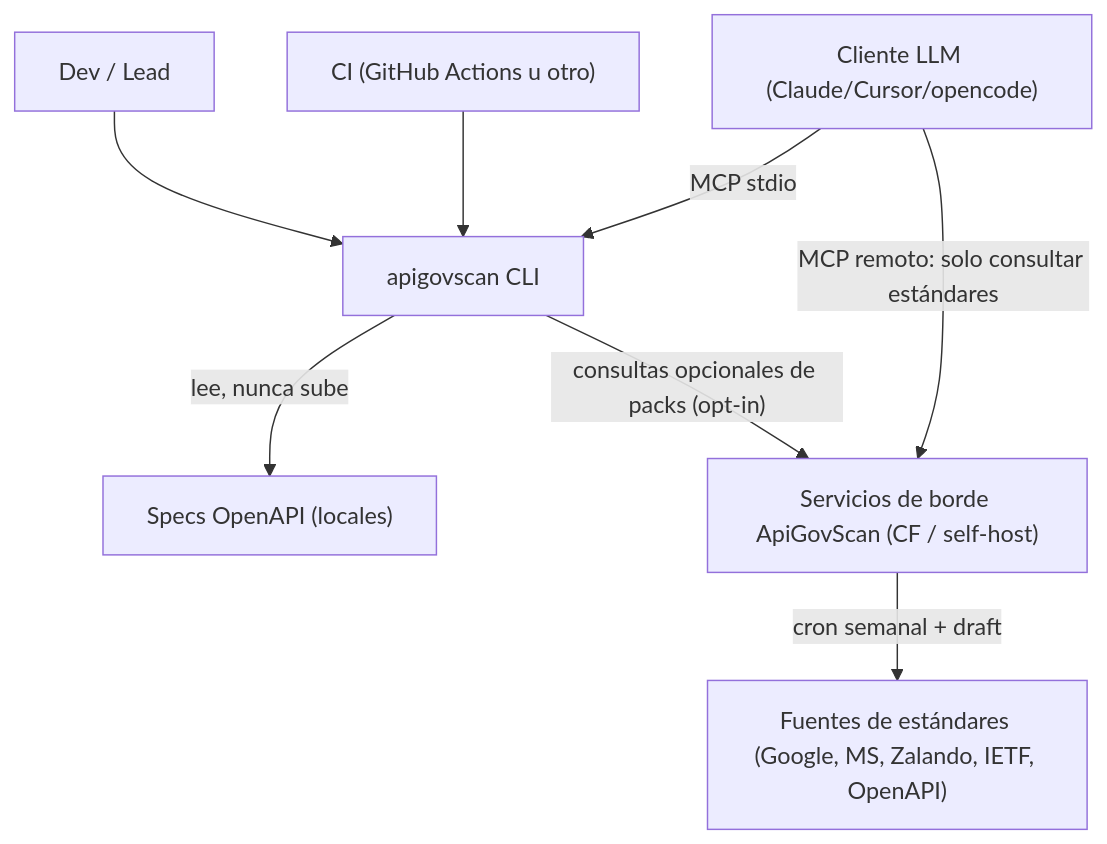
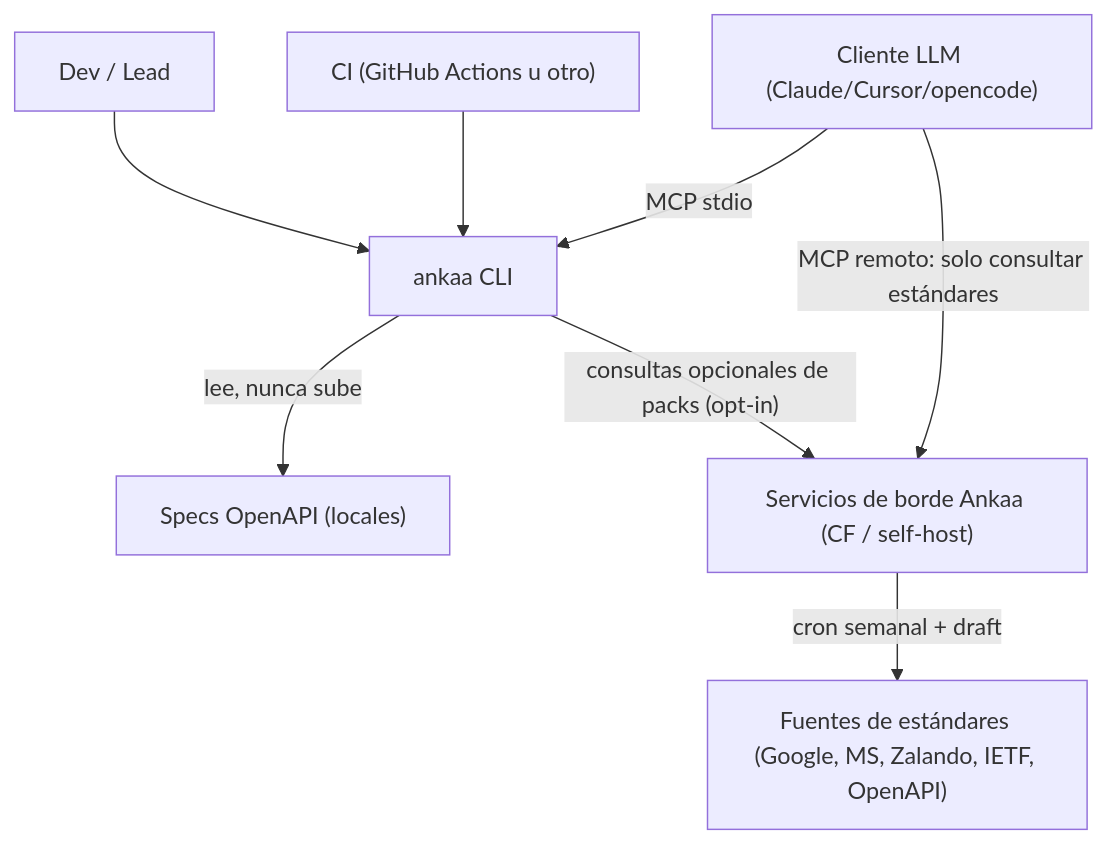
The first of 4 diagrams in docs/02-arquitectura.md (fedesauzzadev/Ankaa), drawn with Mermaid before and after one commit. The commit also changed other lines of this file and 23 other files, not shown here.

````diff
--- a/docs/02-arquitectura.md
+++ b/docs/02-arquitectura.md
@@ -21,19 +21,19 @@
 ```mermaid
 flowchart TB
     DEV["Dev / Lead"]
     CI["CI (GitHub Actions u otro)"]
     LLM["Cliente LLM (Claude/Cursor/opencode)"]
     AS["Specs OpenAPI (locales)"]
 
-    CLI["apigovscan CLI"]
-    SRV["Servicios de borde ApiGovScan (CF / self-host)"]
+    CLI["ankaa CLI"]
+    SRV["Servicios de borde Ankaa (CF / self-host)"]
     FUENTES["Fuentes de estándares (Google, MS, Zalando, IETF, OpenAPI)"]
 
     DEV --> CLI
     CI --> CLI
     LLM -->|"MCP stdio"| CLI
     CLI -->|"lee, nunca sube"| AS
     CLI -->|"consultas opcionales de packs (opt-in)"| SRV
     LLM -->|"MCP remoto: solo consultar estándares"| SRV
     SRV -->|"cron semanal + draft"| FUENTES
 ```
````
